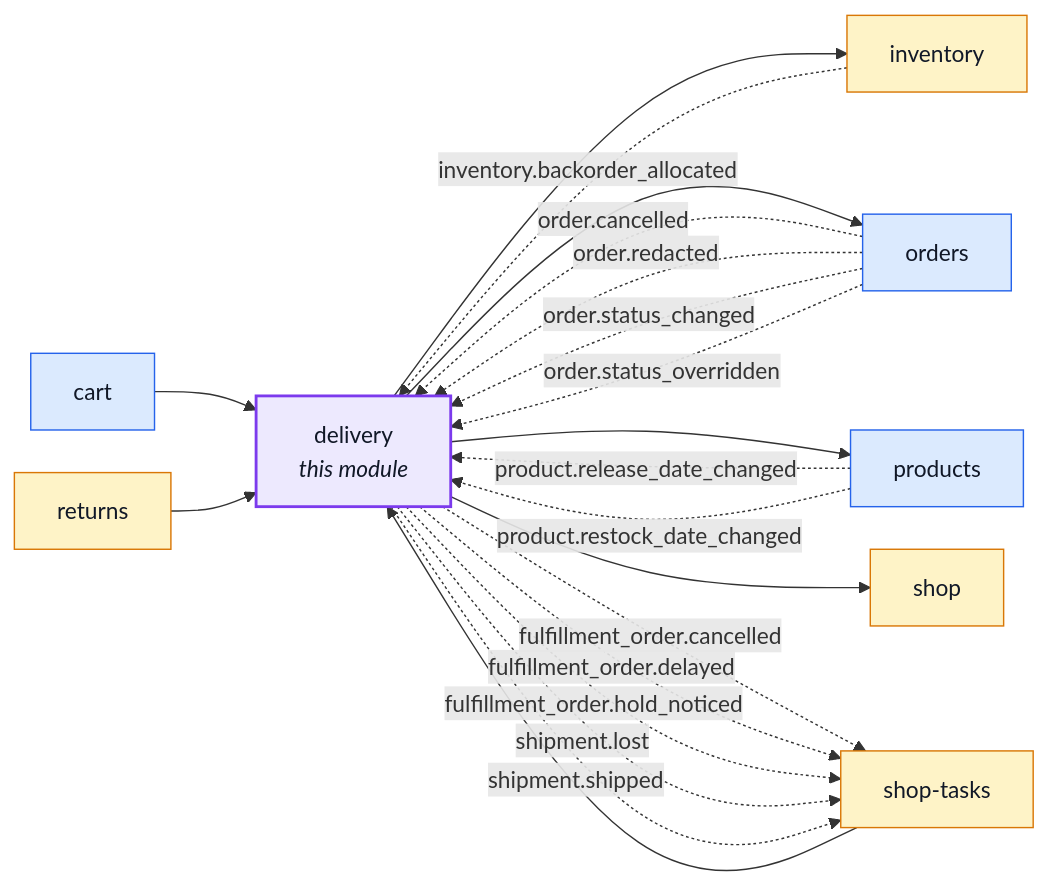
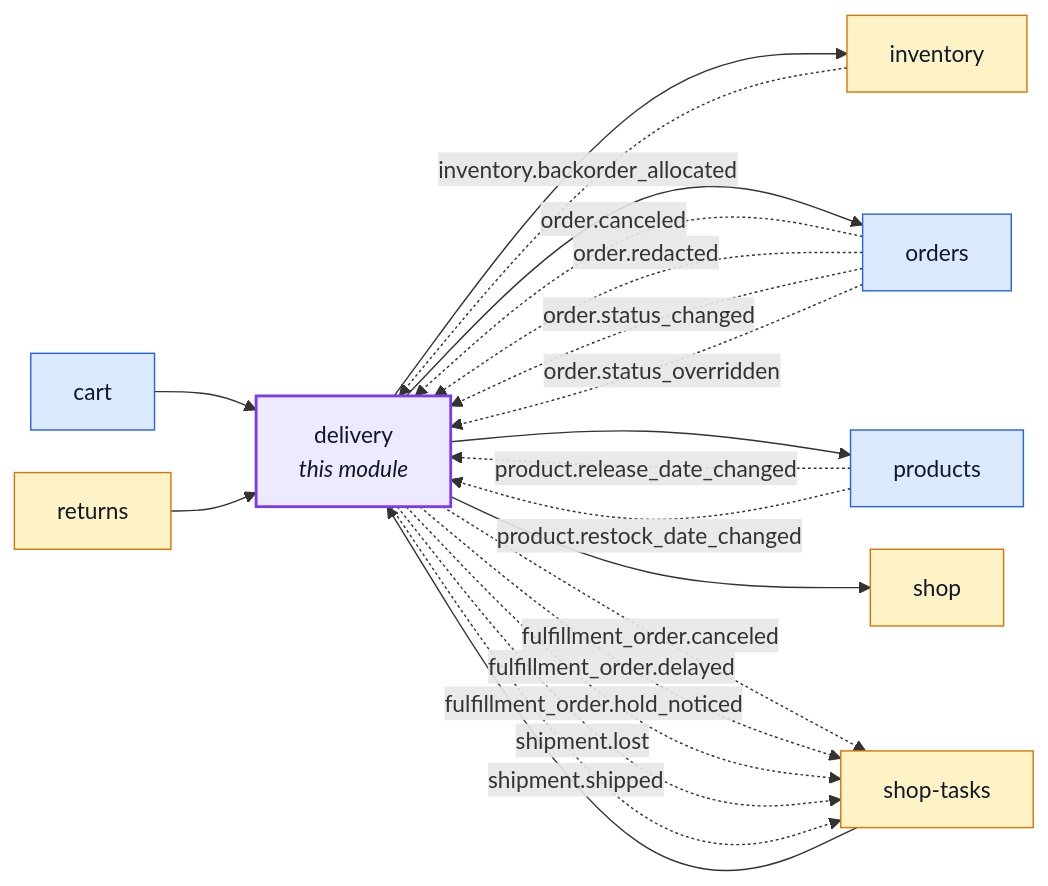
The first of 8 diagrams in docs/modules/delivery.md (Guebbit/boilerplate-node-backend), drawn with Mermaid before and after one commit. The commit also changed other lines of this file and 301 other files, not shown here.

````diff
--- a/docs/modules/delivery.md
+++ b/docs/modules/delivery.md
@@ -16,40 +16,40 @@
 ```mermaid
 %%{init: {'flowchart': {'nodeSpacing': 30, 'rankSpacing': 60}}}%%
 flowchart LR
     delivery["delivery<br/><i>this module</i>"]
     cart["cart"]
     inventory["inventory"]
     orders["orders"]
     products["products"]
     returns["returns"]
     shop["shop"]
     shop_tasks["shop-tasks"]
 
     cart --> delivery
     returns --> delivery
     shop_tasks --> delivery
     delivery --> inventory
     delivery --> orders
     delivery --> products
     delivery --> shop
     inventory -. "inventory.backorder_allocated" .-> delivery
-    orders -. "order.cancelled" .-> delivery
+    orders -. "order.canceled" .-> delivery
     orders -. "order.redacted" .-> delivery
     orders -. "order.status_changed" .-> delivery
     orders -. "order.status_overridden" .-> delivery
     products -. "product.release_date_changed" .-> delivery
     products -. "product.restock_date_changed" .-> delivery
-    delivery -. "fulfillment_order.cancelled" .-> shop_tasks
+    delivery -. "fulfillment_order.canceled" .-> shop_tasks
     delivery -. "fulfillment_order.delayed" .-> shop_tasks
     delivery -. "fulfillment_order.hold_noticed" .-> shop_tasks
     delivery -. "shipment.lost" .-> shop_tasks
     delivery -. "shipment.shipped" .-> shop_tasks
 
     classDef core fill:#dbeafe,stroke:#2563eb,color:#111827;
     classDef supporting fill:#fef3c7,stroke:#d97706,color:#111827;
     classDef generic fill:#dcfce7,stroke:#16a34a,color:#111827;
     classDef centre fill:#ede9fe,stroke:#7c3aed,stroke-width:2px,color:#111827;
     class cart,orders,products core;
     class inventory,returns,shop,shop_tasks supporting;
     class delivery centre;
 ```
````
